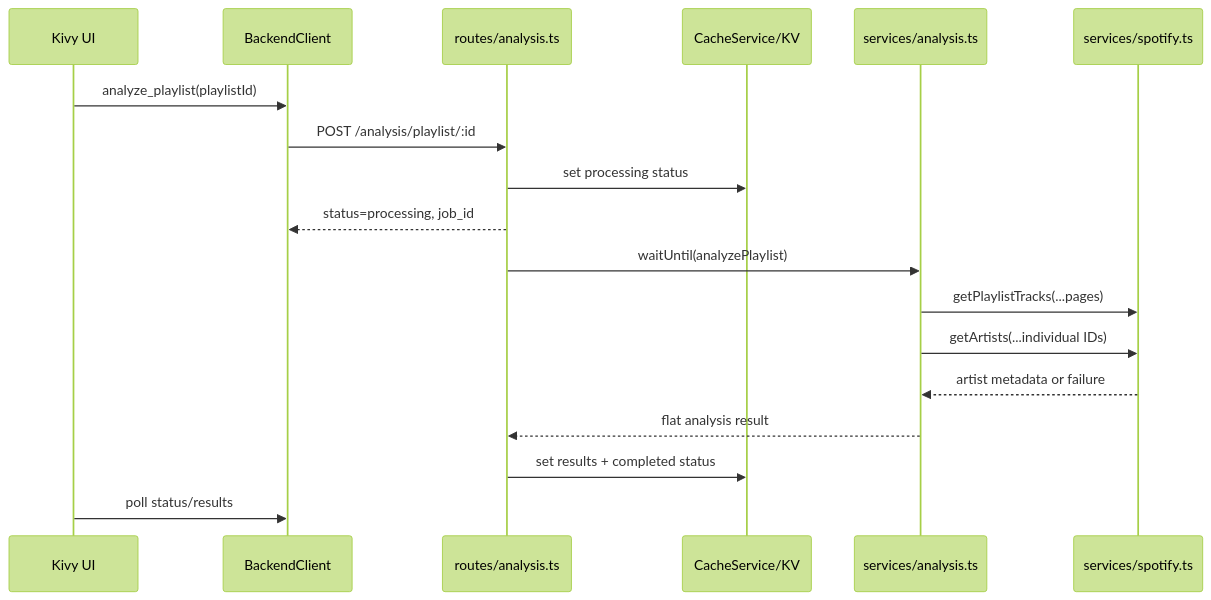
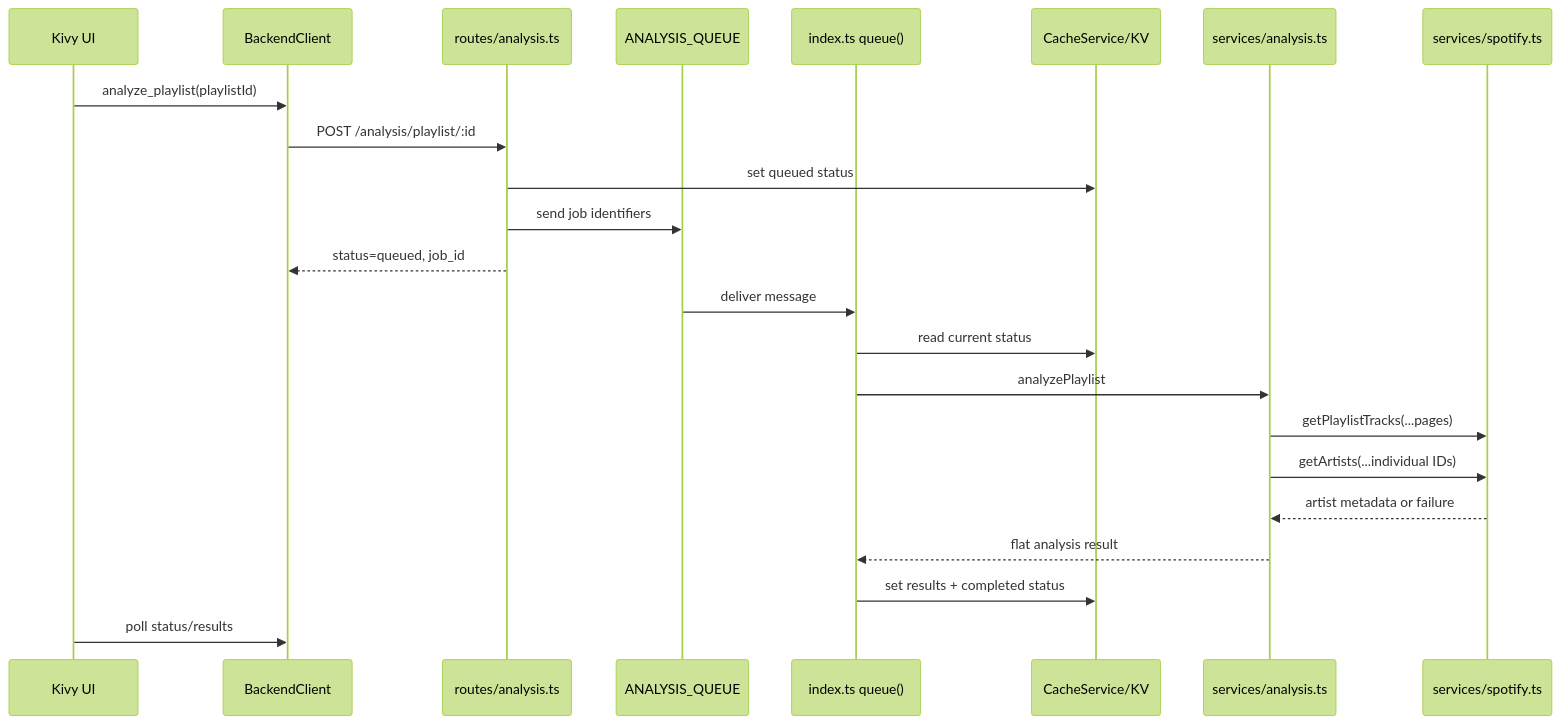
The diagram in dev-docs/backend-analysis-routes.md (kgrizz-git/SpotiBye), drawn with Mermaid (forest theme) before and after one commit. The commit also changed other lines of this file and 29 other files, not shown here.

Commit message:
feat: queue playlist analysis jobs

````diff
--- a/dev-docs/backend-analysis-routes.md
+++ b/dev-docs/backend-analysis-routes.md
@@ -19,21 +21,26 @@
 ```mermaid
 sequenceDiagram
     participant UI as Kivy UI
     participant BC as BackendClient
     participant Route as routes/analysis.ts
+    participant Queue as ANALYSIS_QUEUE
+    participant Consumer as index.ts queue()
     participant Cache as CacheService/KV
     participant Analysis as services/analysis.ts
     participant Spotify as services/spotify.ts
 
     UI->>BC: analyze_playlist(playlistId)
     BC->>Route: POST /analysis/playlist/:id
-    Route->>Cache: set processing status
-    Route-->>BC: status=processing, job_id
-    Route->>Analysis: waitUntil(analyzePlaylist)
+    Route->>Cache: set queued status
+    Route->>Queue: send job identifiers
+    Route-->>BC: status=queued, job_id
+    Queue->>Consumer: deliver message
+    Consumer->>Cache: read current status
+    Consumer->>Analysis: analyzePlaylist
     Analysis->>Spotify: getPlaylistTracks(...pages)
     Analysis->>Spotify: getArtists(...individual IDs)
     Spotify-->>Analysis: artist metadata or failure
-    Analysis-->>Route: flat analysis result
-    Route->>Cache: set results + completed status
+    Analysis-->>Consumer: flat analysis result
+    Consumer->>Cache: set results + completed status
     UI->>BC: poll status/results
 ```
````
